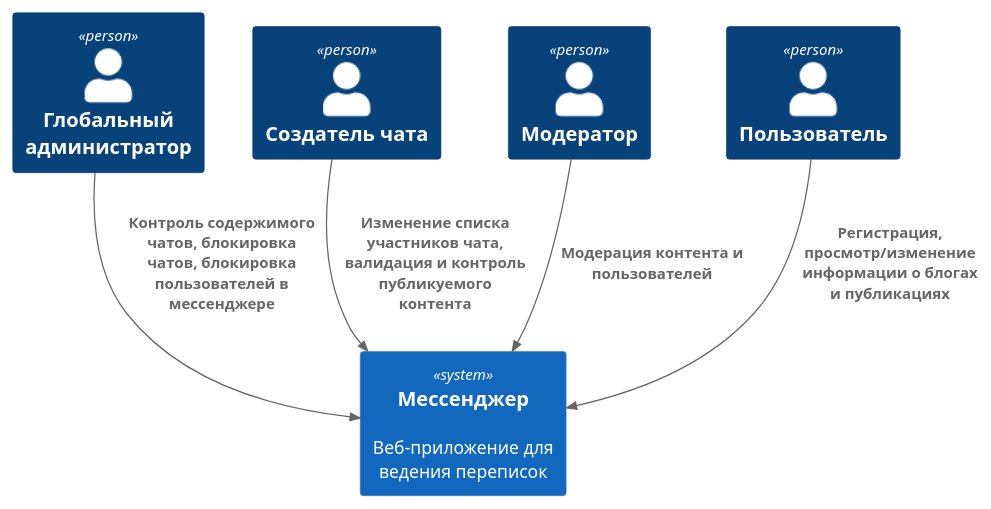
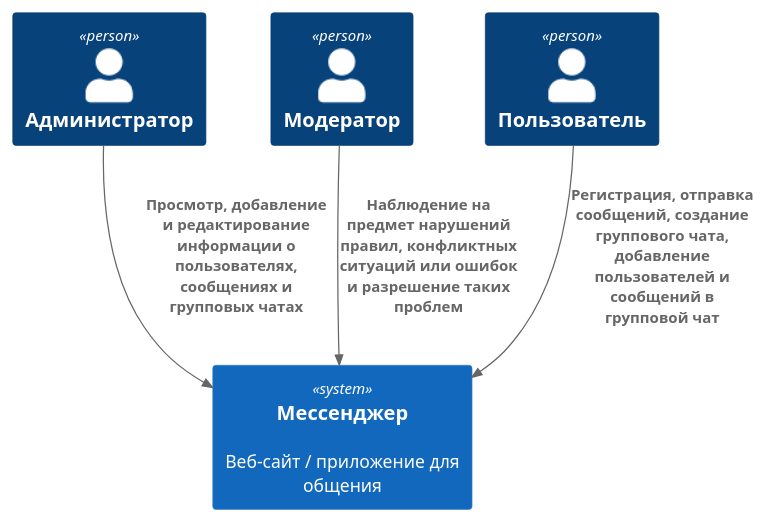
Before and after one commit to laggerlich/software-architecture: the diagram in context.md, drawn with PlantUML. The commit also changed other lines of this file and 4 other files, not shown here.

````diff
--- a/context.md
+++ b/context.md
@@ -4,23 +4,12 @@
 ```plantuml
 @startuml
 !include https://raw.githubusercontent.com/plantuml-stdlib/C4-PlantUML/master/C4_Container.puml
-
-Person(global_admin, "Глобальный администратор")
-Person(creator, "Создатель чата")
+Person(admin, "Администратор")
 Person(moderator, "Модератор")
 Person(user, "Пользователь")
-
-
-System(messenger, "Мессенджер", "Веб-приложение для ведения переписок")
-
-
-
-Rel(global_admin, messenger, "Контроль содержимого чатов, блокировка чатов, блокировка пользователей в мессенджере")
-Rel(creator, messenger, "Изменение списка участников чата, валидация и контроль публикуемого контента")
-Rel(moderator, messenger, "Модерация контента и пользователей")
-Rel(user, messenger, "Регистрация, просмотр/изменение информации о блогах и публикациях")
-
-
-
+System(conference_site, "Мессенджер", "Веб-сайт / приложение для общения")
+Rel(admin, conference_site, "Просмотр, добавление и редактирование информации о пользователях, сообщениях и групповых чатах")
+Rel(moderator, conference_site, "Наблюдение на предмет нарушений правил, конфликтных ситуаций или ошибок и разрешение таких проблем")
+Rel(user, conference_site, "Регистрация, отправка сообщений, создание группового чата, добавление пользователей и сообщений в групповой чат")
 @enduml
 ```
````
